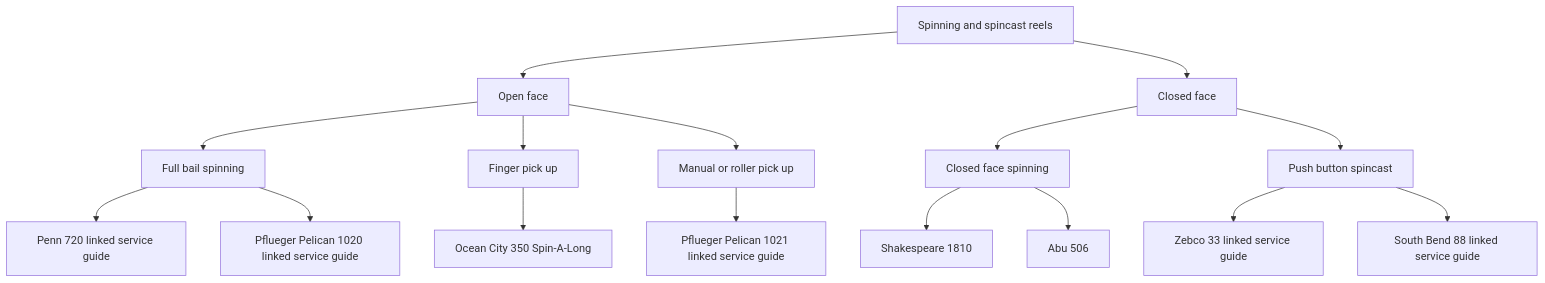
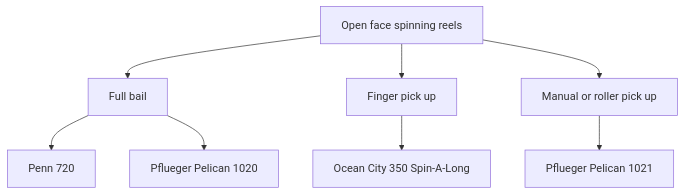
Before and after one commit to john-tech-writer/vintage-reel-service-guides: the first of 2 diagrams in docs/spinning-reels.md, drawn with Mermaid. The commit also changed other lines of this file and 6 other files, not shown here.

Commit message:
much work on taxa charts

````diff
--- a/docs/spinning-reels.md
+++ b/docs/spinning-reels.md
@@ -36,32 +19,18 @@
 ```mermaid
 
 flowchart TD
-  A[Spinning and spincast reels]
-  A --> B[Open face]
-  A --> C[Closed face]
+  A[Open face spinning reels]
+  A --> B1[Full bail]
+  A --> B2[Finger pick up]
+  A --> B3[Manual or roller pick up]
 
-  B --> B1[Full bail spinning]
-  B --> B2[Finger pick up]
-  B --> B3[Manual or roller pick up]
+  B1 --> C1[Penn 720]
+  click C1 "/vintage-reel-service-guides/penn/penn-720-service-guide/"
+  B1 --> C2[Pflueger Pelican 1020]
+  click C2 "/vintage-reel-service-guides/pflueger/pflueger-pelican-service-guide/"
 
-  C --> C1[Closed face spinning]
-  C --> C2[Push button spincast]
+  B2 --> D1[Ocean City 350 Spin-A-Long]
 
-  B1 --> D1[Penn 720 linked service guide]
-  click D1 "/vintage-reel-service-guides/penn/penn-720-service-guide/"
-  B1 --> D2[Pflueger Pelican 1020 linked service guide]
-  click D2 "/vintage-reel-service-guides/pflueger/pflueger-service-guide/"
-
-  B2 --> E1[Ocean City 350 Spin-A-Long]
-
-  B3 --> F1[Pflueger Pelican 1021 linked service guide]
-  click F1 "/vintage-reel-service-guides/pflueger/pflueger-1021-service-guide/"
-
-  C1 --> G1[Shakespeare 1810]
-  C1 --> G2[Abu 506]
-
-  C2 --> H1[Zebco 33 linked service guide]
-  click H1 "/vintage-reel-service-guides/zebco/zebco-33-service-guide/"
-  C2 --> H2[South Bend 88 linked service guide]
-  click H2 "/vintage-reel-service-guides/south-bend/south-bend-550-service-guide/"
+  B3 --> E1[Pflueger Pelican 1021]
+  click E1 "/vintage-reel-service-guides/pflueger/pflueger-pelican-1021-service-guide/"
 ```
````
